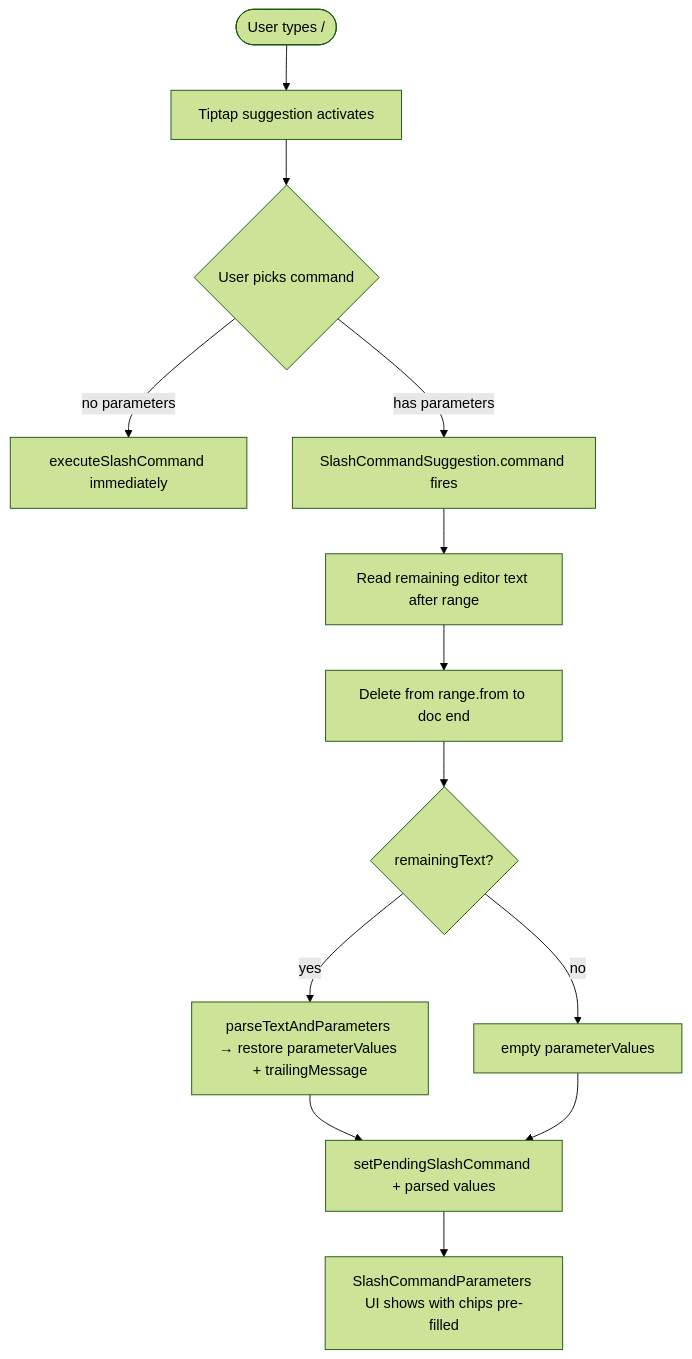
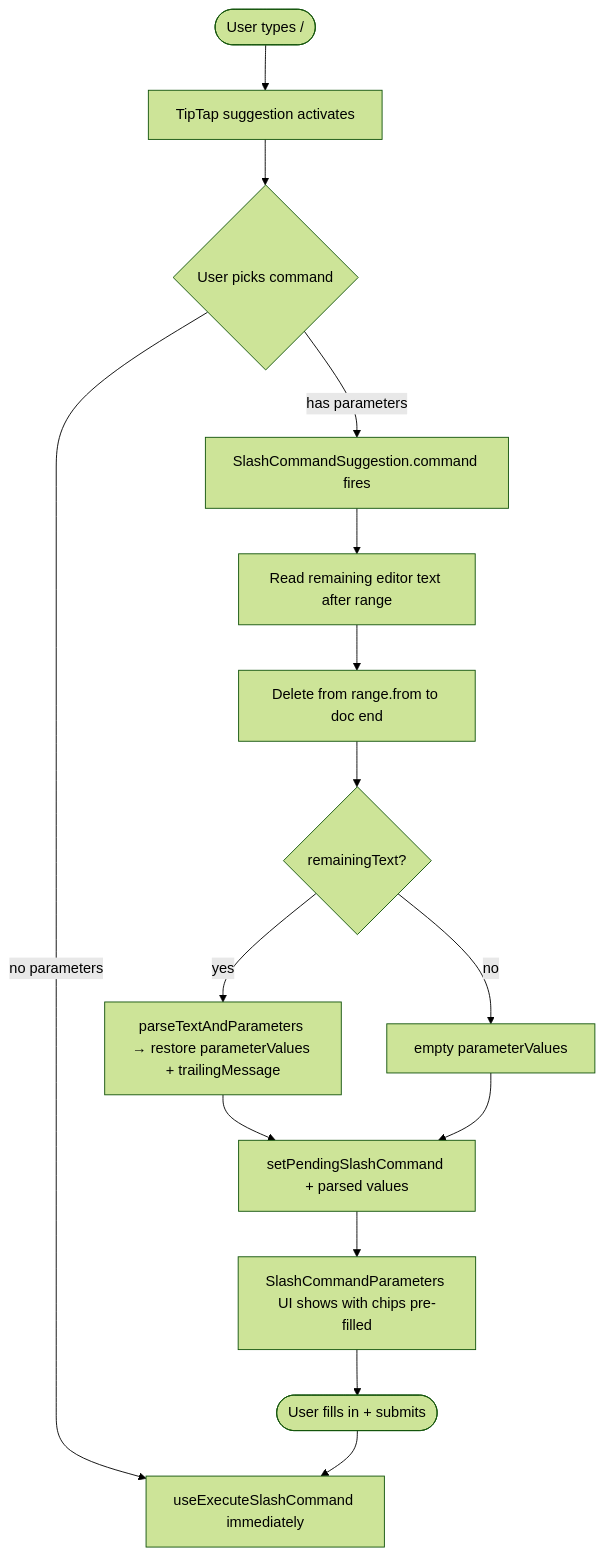
One commit to Esposter/Esposter changed the third of 4 diagrams in features/esbabbler/specs/slash-commands.md. Above: the diagram before and after it, drawn with Mermaid (forest theme). The commit also changed other lines of this file and 2 other files, not shown here.

````diff
--- a/features/esbabbler/specs/slash-commands.md
+++ b/features/esbabbler/specs/slash-commands.md
@@ -133,15 +175,17 @@
 ```mermaid
 flowchart TD
-    A([User types /]) --> B[Tiptap suggestion activates]
+    A([User types /]) --> B[TipTap suggestion activates]
     B --> C{User picks command}
-    C -->|no parameters| D[executeSlashCommand immediately]
+    C -->|no parameters| D[useExecuteSlashCommand immediately]
     C -->|has parameters| E[SlashCommandSuggestion.command fires]
     E --> F[Read remaining editor text after range]
     F --> G[Delete from range.from to doc end]
     G --> H{remainingText?}
     H -->|yes| I[parseTextAndParameters → restore parameterValues + trailingMessage]
     H -->|no| J[empty parameterValues]
     I --> K[setPendingSlashCommand + parsed values]
     J --> K
     K --> L[SlashCommandParameters UI shows with chips pre-filled]
+    L --> M([User fills in + submits])
+    M --> D
 ```
````
